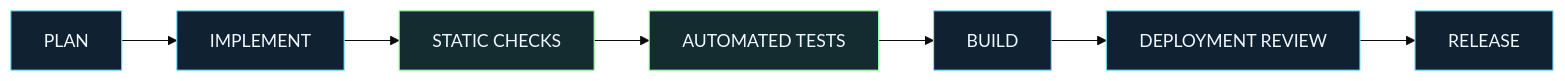
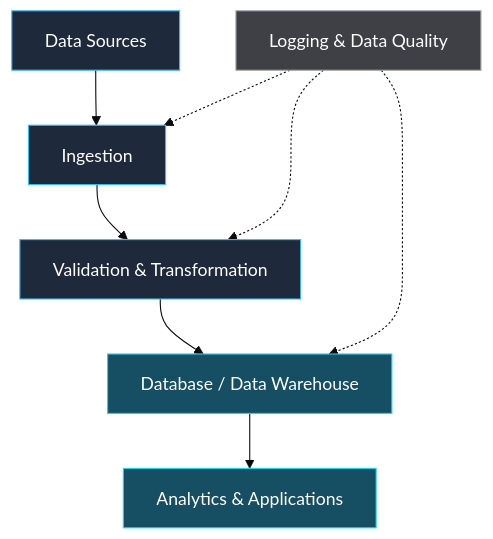
One commit to Aravindan-001/Aravindan-001 changed the second of 2 diagrams in README.md. Above: the diagram before and after it, drawn with Mermaid (base theme). The commit also changed other lines of this file, not shown here.

````diff
--- a/README.md
+++ b/README.md
@@ -168,15 +204,18 @@
 ```mermaid
-flowchart LR
-    A["PLAN"] --> B["IMPLEMENT"]
-    B --> C["STATIC CHECKS"]
-    C --> D["AUTOMATED TESTS"]
-    D --> E["BUILD"]
-    E --> F["DEPLOYMENT REVIEW"]
-    F --> G["RELEASE"]
+flowchart TD
+    A["Data Sources"] --> B["Ingestion"]
+    B --> C["Validation & Transformation"]
+    C --> D["Database / Data Warehouse"]
+    D --> E["Analytics & Applications"]
 
-    classDef step fill:#102131,stroke:#7DE3FF,color:#F0F7FF
-    classDef verify fill:#142B30,stroke:#9FFFA8,color:#F0F7FF
+    F["Logging & Data Quality"] -.-> B
+    F -.-> C
+    F -.-> D
 
-    class A,B,E,F,G step
-    class C,D verify
+    style A fill:#1E293B,stroke:#38BDF8,color:#FFFFFF
+    style B fill:#1E293B,stroke:#38BDF8,color:#FFFFFF
+    style C fill:#1E293B,stroke:#38BDF8,color:#FFFFFF
+    style D fill:#164E63,stroke:#22D3EE,color:#FFFFFF
+    style E fill:#164E63,stroke:#22D3EE,color:#FFFFFF
+    style F fill:#3F3F46,stroke:#A1A1AA,color:#FFFFFF
 ```
````
